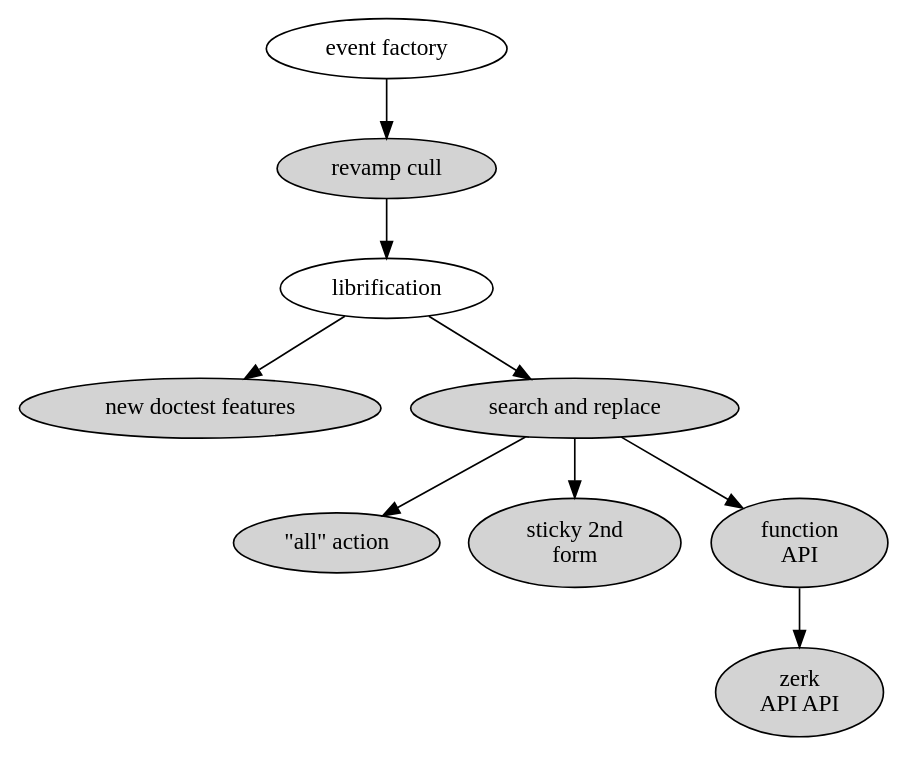
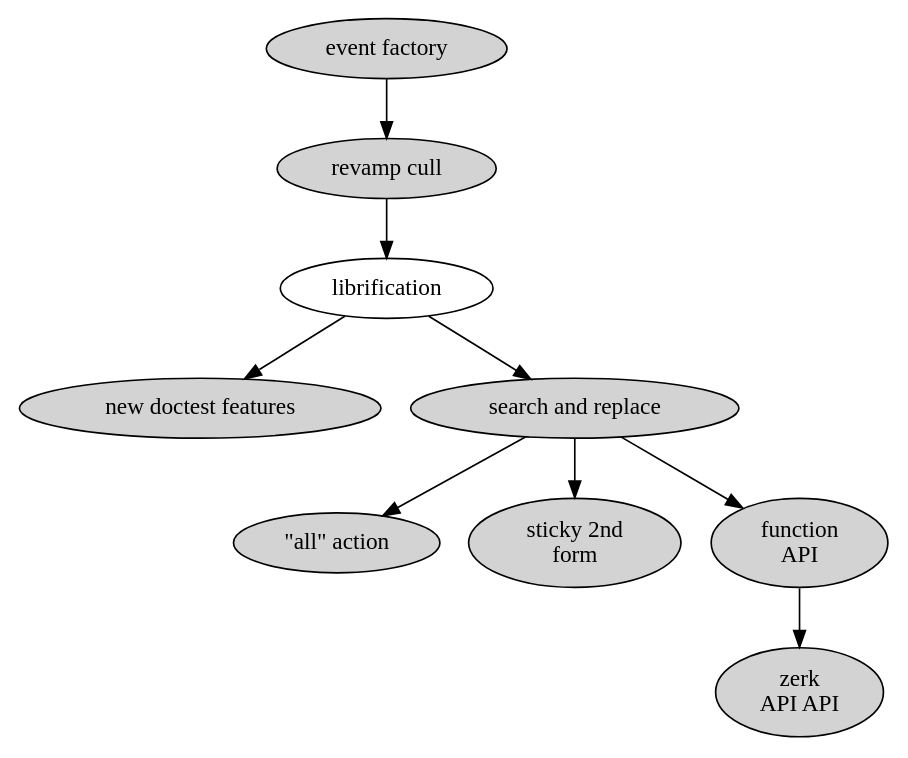
The diagram in doc/the-big-picture-of-now-02.dot (hipe/tmx), drawn with Graphviz before and after one commit. The commit also changed 3 other files, not shown here.

```diff
--- a/doc/the-big-picture-of-now-02.dot
+++ b/doc/the-big-picture-of-now-02.dot
@@ -1,31 +1,31 @@
 digraph {
 
-  ev [label="event factory"]
+  ev [label="event factory" style=filled]
 
   cu [label="revamp cull" style=filled]
 
   lib [label="librification"]
 
   dct [label="new doctest features" style=filled]
 
   sr [label="search and replace" style=filled]
 
   al [label="\"all\" action" style=filled]
 
   st [label="sticky 2nd\nform" style=filled]
 
   fu [label="function\nAPI" style=filled]
 
   API [label="zerk\nAPI API" style=filled]
 
   ev->cu
   cu->lib
   lib->dct
   lib->sr
   sr->st
   sr->fu
   fu->API
   sr->al
 
   # that one color of blue: fillcolor="#b5d5fb"
 }
```
